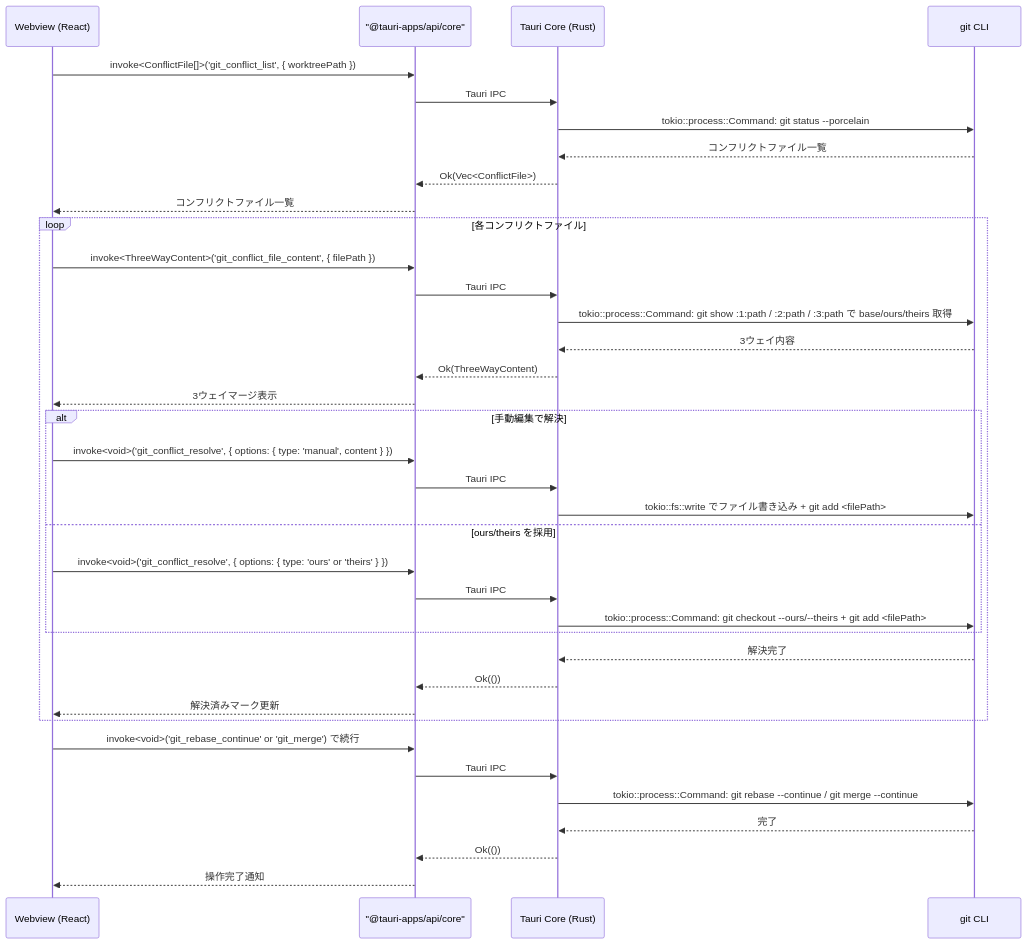
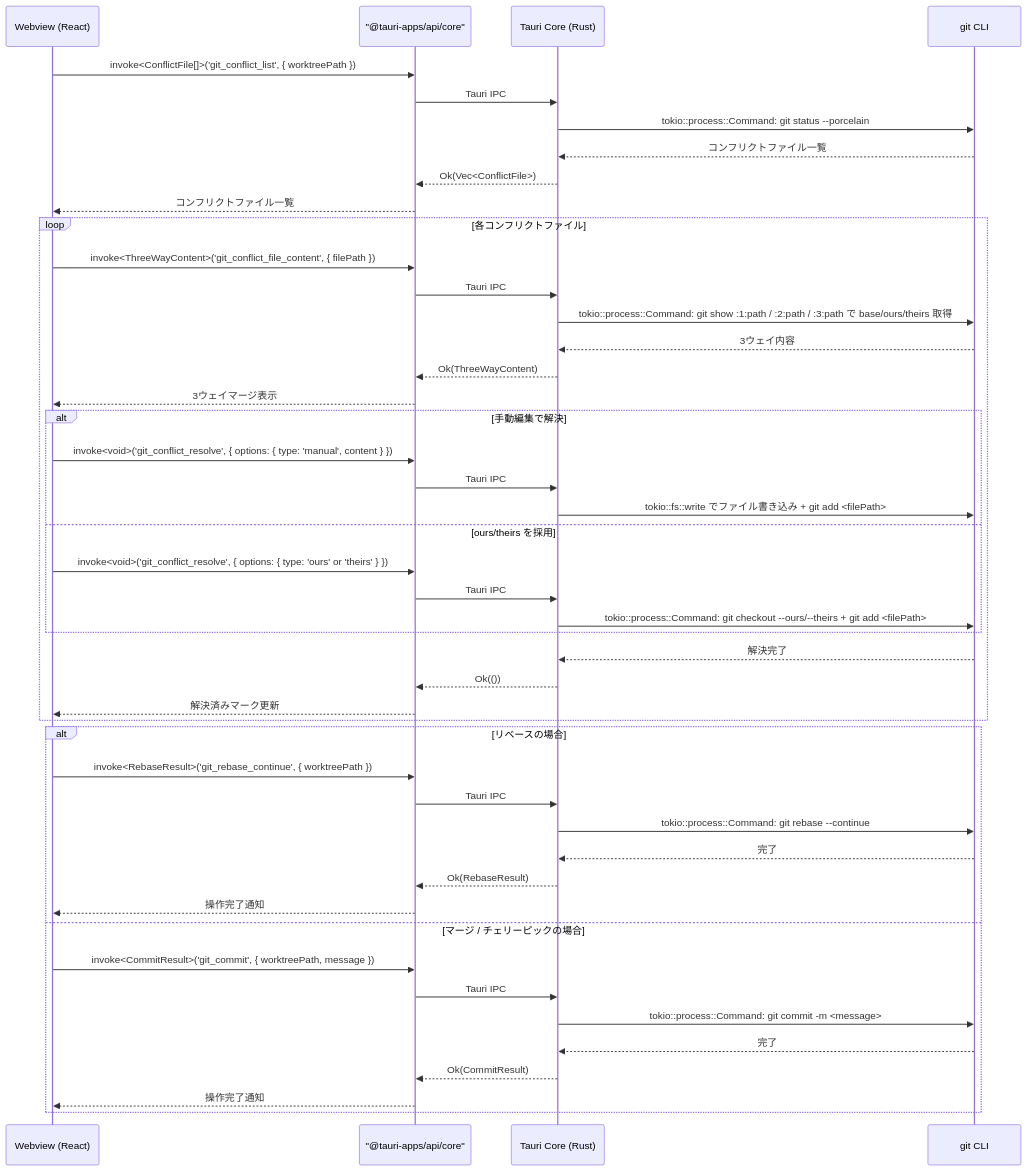
Before and after one commit to ToshikiImagawa/Buruma: the second of 3 diagrams in .sdd/specification/advanced-git-operations_spec.md, drawn with Mermaid. The commit also changed other lines of this file and 24 other files, not shown here.

Commit message:
[update] SDD ドキュメントを Tauri v2 実装に整合させ、IPC 命名・Rust ファイルパス・コード例を修正。ViewModel の Observable プロパティをコンストラクタでフィールド初期化に統一

````diff
--- a/.sdd/specification/advanced-git-operations_spec.md
+++ b/.sdd/specification/advanced-git-operations_spec.md
@@ -510,43 +512,52 @@
 ```mermaid
 sequenceDiagram
     participant Webview as Webview (React)
     participant Invoke as "@tauri-apps/api/core"
     participant Core as Tauri Core (Rust)
     participant Git as git CLI
 
     Webview ->> Invoke: invoke<ConflictFile[]>('git_conflict_list', { worktreePath })
     Invoke ->> Core: Tauri IPC
     Core ->> Git: tokio::process::Command: git status --porcelain
     Git -->> Core: コンフリクトファイル一覧
     Core -->> Invoke: Ok(Vec<ConflictFile>)
     Invoke -->> Webview: コンフリクトファイル一覧
 
     loop 各コンフリクトファイル
         Webview ->> Invoke: invoke<ThreeWayContent>('git_conflict_file_content', { filePath })
         Invoke ->> Core: Tauri IPC
         Core ->> Git: tokio::process::Command: git show :1:path / :2:path / :3:path で base/ours/theirs 取得
         Git -->> Core: 3ウェイ内容
         Core -->> Invoke: Ok(ThreeWayContent)
         Invoke -->> Webview: 3ウェイマージ表示
 
         alt 手動編集で解決
             Webview ->> Invoke: invoke<void>('git_conflict_resolve', { options: { type: 'manual', content } })
             Invoke ->> Core: Tauri IPC
             Core ->> Git: tokio::fs::write でファイル書き込み + git add <filePath>
         else ours/theirs を採用
             Webview ->> Invoke: invoke<void>('git_conflict_resolve', { options: { type: 'ours' or 'theirs' } })
             Invoke ->> Core: Tauri IPC
             Core ->> Git: tokio::process::Command: git checkout --ours/--theirs + git add <filePath>
         end
         Git -->> Core: 解決完了
         Core -->> Invoke: Ok(())
         Invoke -->> Webview: 解決済みマーク更新
     end
 
-    Webview ->> Invoke: invoke<void>('git_rebase_continue' or 'git_merge') で続行
-    Invoke ->> Core: Tauri IPC
-    Core ->> Git: tokio::process::Command: git rebase --continue / git merge --continue
-    Git -->> Core: 完了
-    Core -->> Invoke: Ok(())
-    Invoke -->> Webview: 操作完了通知
+    alt リベースの場合
+        Webview ->> Invoke: invoke<RebaseResult>('git_rebase_continue', { worktreePath })
+        Invoke ->> Core: Tauri IPC
+        Core ->> Git: tokio::process::Command: git rebase --continue
+        Git -->> Core: 完了
+        Core -->> Invoke: Ok(RebaseResult)
+        Invoke -->> Webview: 操作完了通知
+    else マージ / チェリーピックの場合
+        Webview ->> Invoke: invoke<CommitResult>('git_commit', { worktreePath, message })
+        Invoke ->> Core: Tauri IPC
+        Core ->> Git: tokio::process::Command: git commit -m <message>
+        Git -->> Core: 完了
+        Core -->> Invoke: Ok(CommitResult)
+        Invoke -->> Webview: 操作完了通知
+    end
 ```
````
